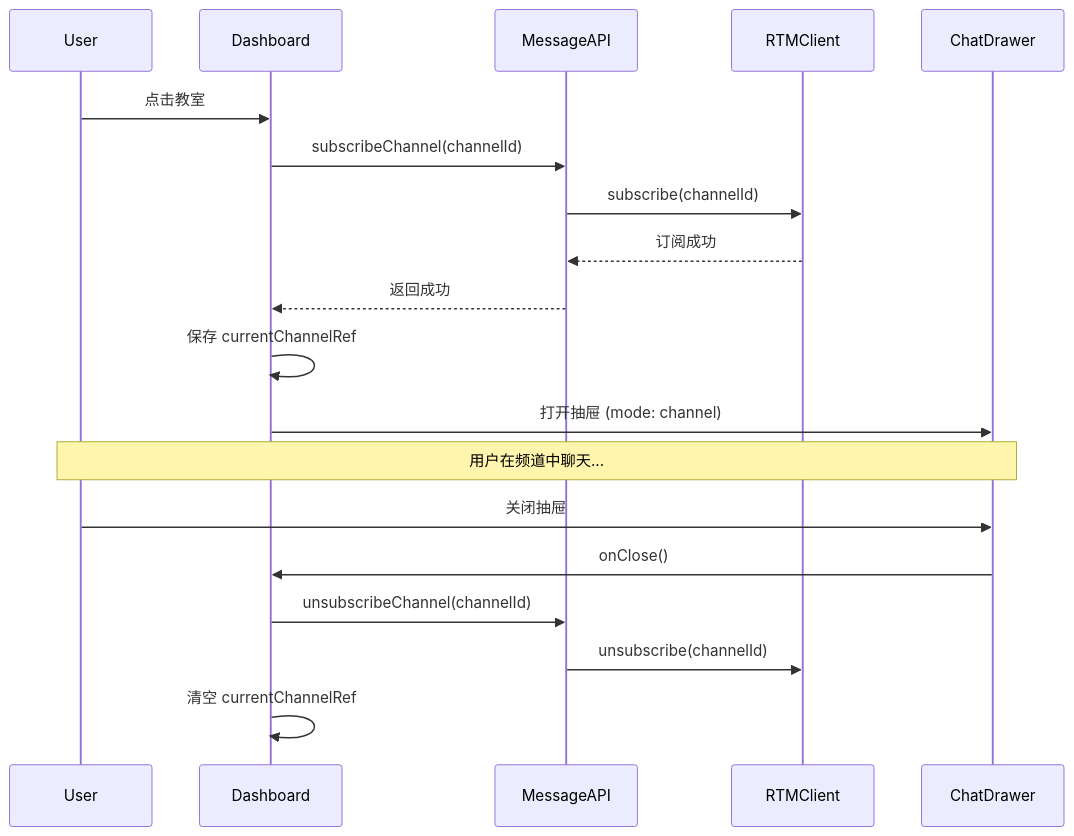
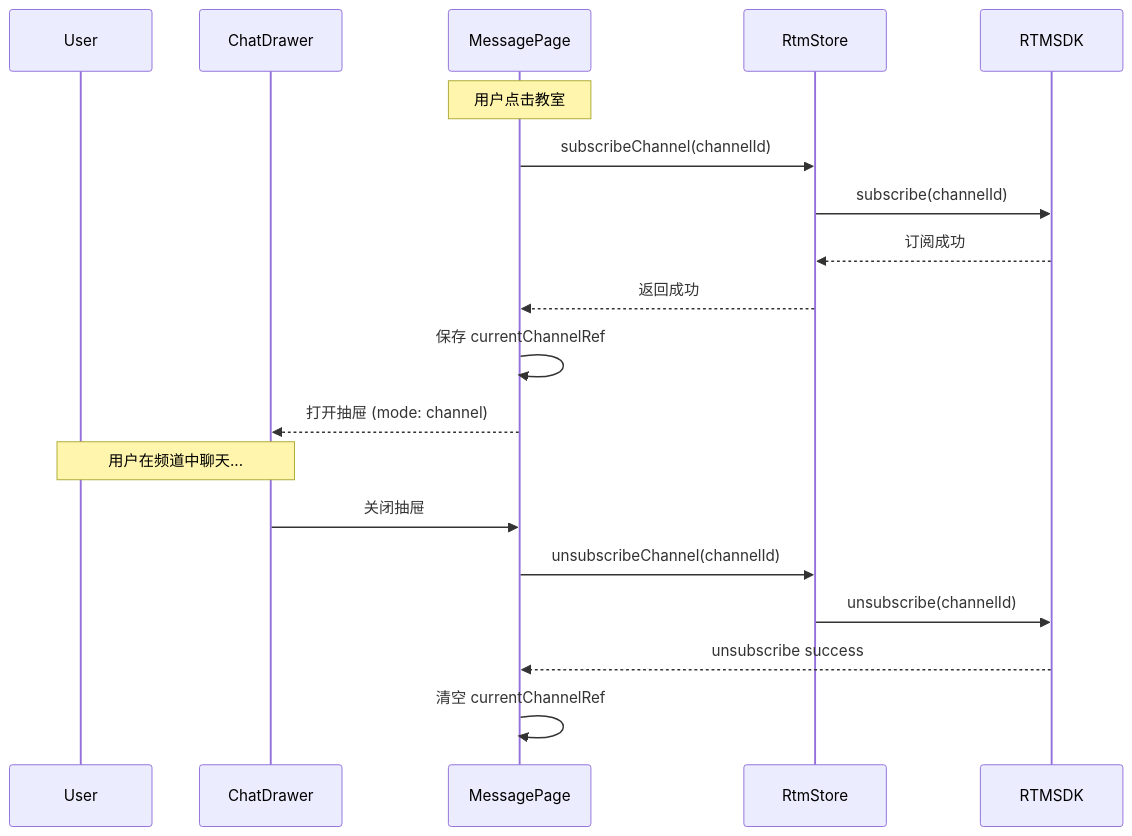
The fourth of 5 diagrams in docs/RTM_INTEGRATION.md (zhouxueqin0/WebRTM-Demos), drawn with Mermaid before and after one commit. The commit also changed other lines of this file and 35 other files, not shown here.

````diff
--- a/docs/RTM_INTEGRATION.md
+++ b/docs/RTM_INTEGRATION.md
@@ -214,24 +264,24 @@
 ```mermaid
 sequenceDiagram
     participant User
-    participant Dashboard
-    participant MessageAPI
-    participant RTMClient
     participant ChatDrawer
+    participant MessagePage
+    participant RtmStore
+    participant RTMSDK
 
-    User->>Dashboard: 点击教室
-    Dashboard->>MessageAPI: subscribeChannel(channelId)
-    MessageAPI->>RTMClient: subscribe(channelId)
-    RTMClient-->>MessageAPI: 订阅成功
-    MessageAPI-->>Dashboard: 返回成功
-    Dashboard->>Dashboard: 保存 currentChannelRef
-    Dashboard->>ChatDrawer: 打开抽屉 (mode: channel)
+    Note over MessagePage: 用户点击教室
+    MessagePage->>RtmStore: subscribeChannel(channelId)
+    RtmStore->>RTMSDK: subscribe(channelId)
+    RTMSDK-->>RtmStore: 订阅成功
+    RtmStore-->>MessagePage: 返回成功
+    MessagePage->>MessagePage: 保存 currentChannelRef
+    MessagePage-->>ChatDrawer: 打开抽屉 (mode: channel)
 
     Note over User,ChatDrawer: 用户在频道中聊天...
 
-    User->>ChatDrawer: 关闭抽屉
-    ChatDrawer->>Dashboard: onClose()
-    Dashboard->>MessageAPI: unsubscribeChannel(channelId)
-    MessageAPI->>RTMClient: unsubscribe(channelId)
-    Dashboard->>Dashboard: 清空 currentChannelRef
+    ChatDrawer->>MessagePage: 关闭抽屉
+    MessagePage->>RtmStore: unsubscribeChannel(channelId)
+    RtmStore->>RTMSDK: unsubscribe(channelId)
+    RTMSDK -->> MessagePage: unsubscribe success
+    MessagePage->>MessagePage: 清空 currentChannelRef
 ```
````
